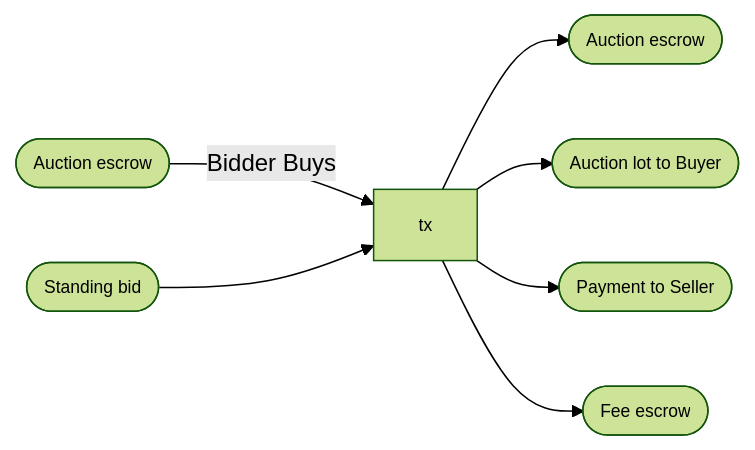
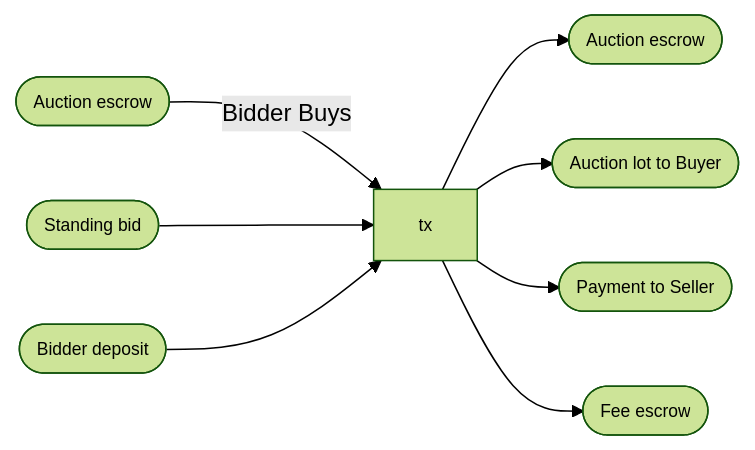
The tenth of 18 diagrams in docs/spec.md (mlabs-haskell/hydra-auction-onchain), drawn with Mermaid (forest theme) before and after one commit. The commit also changed other lines of this file, not shown here.

````diff
--- a/docs/spec.md
+++ b/docs/spec.md
@@ -782,12 +811,13 @@
 ```mermaid
 flowchart LR
   input1([Auction escrow]) -- Bidder Buys --> tx
   input2([Standing bid]) --> tx
+  input3([Bidder deposit]) --> tx
   tx --> output1([Auction escrow])
   tx --> output2([Auction lot to Buyer])
   tx --> output3([Payment to Seller])
   tx --> output4([Fee escrow])
 
   classDef default font-size:90%, overflow:visible;
   classDef reference stroke-dasharray: 5 5;
 ```
````
